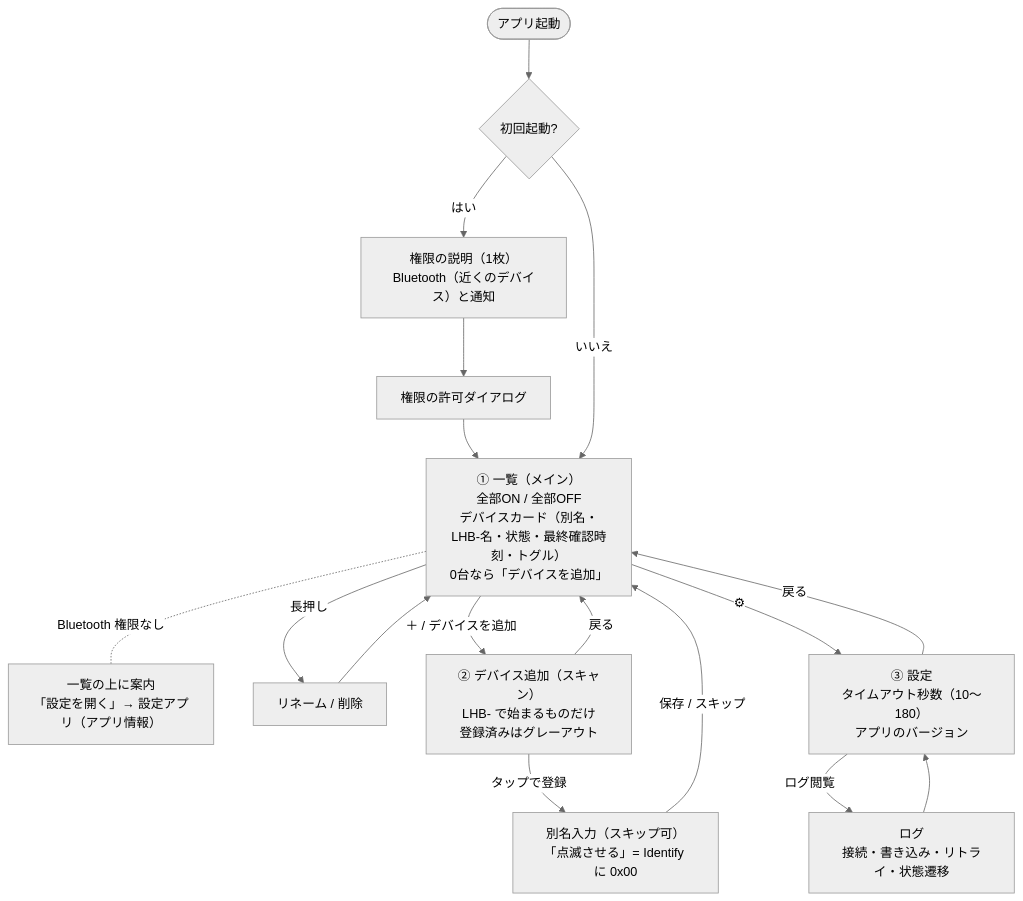
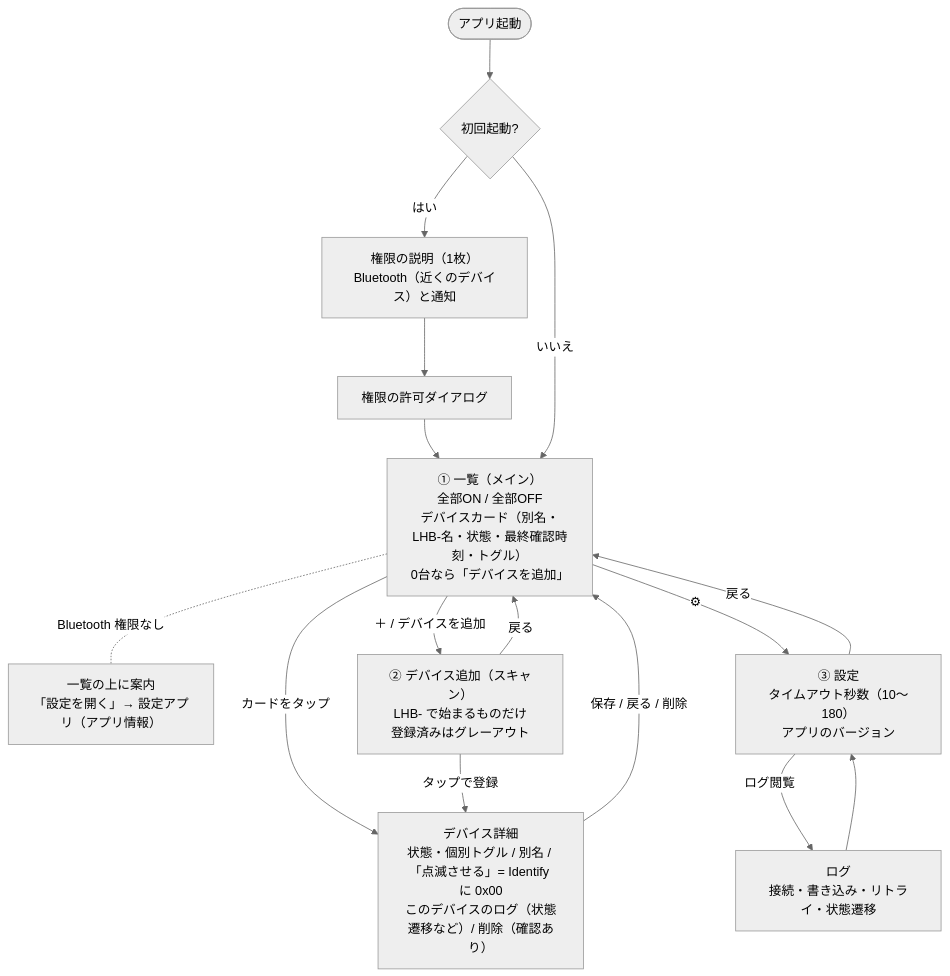
One commit to zeusisgood/lighthouse-keeper changed the diagram in docs/architecture/04-screen-flow.md. Above: the diagram before and after it, drawn with Mermaid (neutral theme). The commit also changed other lines of this file and 5 other files, not shown here.

````diff
--- a/docs/architecture/04-screen-flow.md
+++ b/docs/architecture/04-screen-flow.md
@@ -5,23 +5,22 @@
 ```mermaid
 flowchart TB
     Start([アプリ起動]) --> First{初回起動?}
     First -- はい --> Explain["権限の説明（1枚）<br/>Bluetooth（近くのデバイス）と通知"]
     Explain --> Dialog["権限の許可ダイアログ"]
     Dialog --> List
     First -- いいえ --> List
 
     List["① 一覧（メイン）<br/>全部ON / 全部OFF<br/>デバイスカード（別名・LHB-名・状態・最終確認時刻・トグル）<br/>0台なら「デバイスを追加」"]
     List -. "Bluetooth 権限なし" .- Banner["一覧の上に案内<br/>「設定を開く」→ 設定アプリ（アプリ情報）"]
-    List -- "長押し" --> Menu["リネーム / 削除"]
-    Menu --> List
+    List -- "カードをタップ" --> Detail
 
     List -- "＋ / デバイスを追加" --> Scan["② デバイス追加（スキャン）<br/>LHB- で始まるものだけ<br/>登録済みはグレーアウト"]
-    Scan -- "タップで登録" --> Alias["別名入力（スキップ可）<br/>「点滅させる」= Identify に 0x00"]
-    Alias -- "保存 / スキップ" --> List
+    Scan -- "タップで登録" --> Detail["デバイス詳細<br/>状態・個別トグル / 別名 / 「点滅させる」= Identify に 0x00<br/>このデバイスのログ（状態遷移など）/ 削除（確認あり）"]
+    Detail -- "保存 / 戻る / 削除" --> List
     Scan -- "戻る" --> List
 
     List -- "⚙" --> Settings["③ 設定<br/>タイムアウト秒数（10〜180）<br/>アプリのバージョン"]
     Settings -- "ログ閲覧" --> Log["ログ<br/>接続・書き込み・リトライ・状態遷移"]
     Log --> Settings
     Settings -- "戻る" --> List
 ```
````
